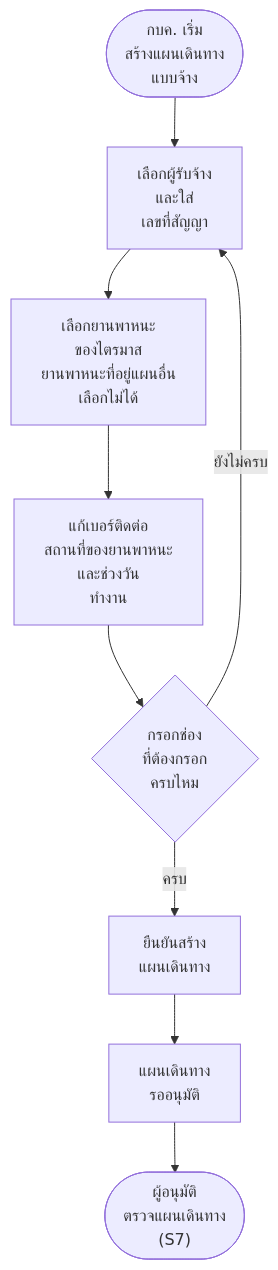
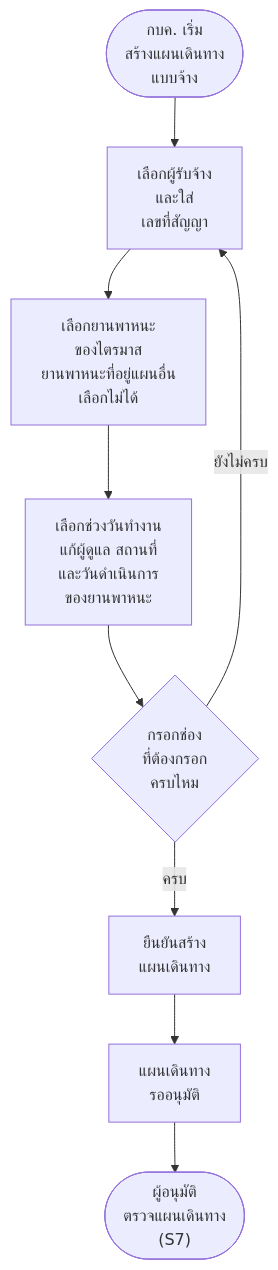
The eighth of 20 diagrams in Diagram/01-บำรุงรักษาตามวาระ/27-บำรุงรักษา-flowchart-กิจกรรม.md (anugmail/Maintenance-Request-Form), drawn with Mermaid before and after one commit. The commit also changed other lines of this file and 10 other files, not shown here.

````diff
--- a/Diagram/01-บำรุงรักษาตามวาระ/27-บำรุงรักษา-flowchart-กิจกรรม.md
+++ b/Diagram/01-บำรุงรักษาตามวาระ/27-บำรุงรักษา-flowchart-กิจกรรม.md
@@ -175,11 +167,11 @@
 ```mermaid
 flowchart TD
     S(["กบค. เริ่ม<br/>สร้างแผนเดินทาง<br/>แบบจ้าง"]) --> A1["เลือกผู้รับจ้าง<br/>และใส่<br/>เลขที่สัญญา"]
     A1 --> A2["เลือกยานพาหนะ<br/>ของไตรมาส<br/>ยานพาหนะที่อยู่แผนอื่น<br/>เลือกไม่ได้"]
-    A2 --> A3["แก้เบอร์ติดต่อ<br/>สถานที่ของยานพาหนะ<br/>และช่วงวัน<br/>ทำงาน"]
+    A2 --> A3["เลือกช่วงวันทำงาน<br/>แก้ผู้ดูแล สถานที่<br/>และวันดำเนินการ<br/>ของยานพาหนะ"]
     A3 --> Q1{"กรอกช่อง<br/>ที่ต้องกรอก<br/>ครบไหม"}
     Q1 -->|ยังไม่ครบ| A1
     Q1 -->|ครบ| A4["ยืนยันสร้าง<br/>แผนเดินทาง"]
     A4 --> A5["แผนเดินทาง<br/>รออนุมัติ"]
     A5 --> E(["ผู้อนุมัติ<br/>ตรวจแผนเดินทาง<br/>(S7)"])
 ```
````
